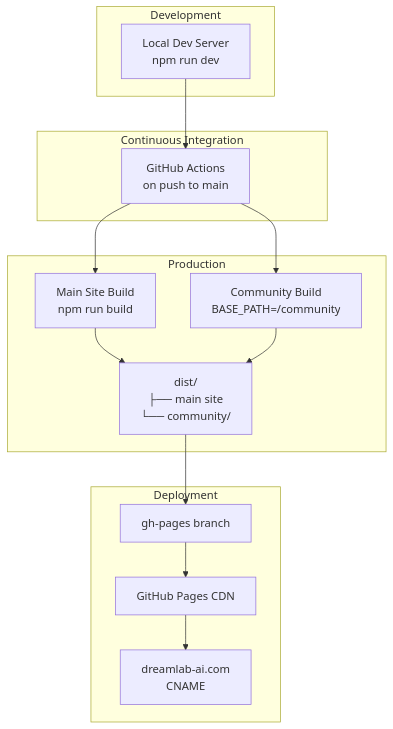
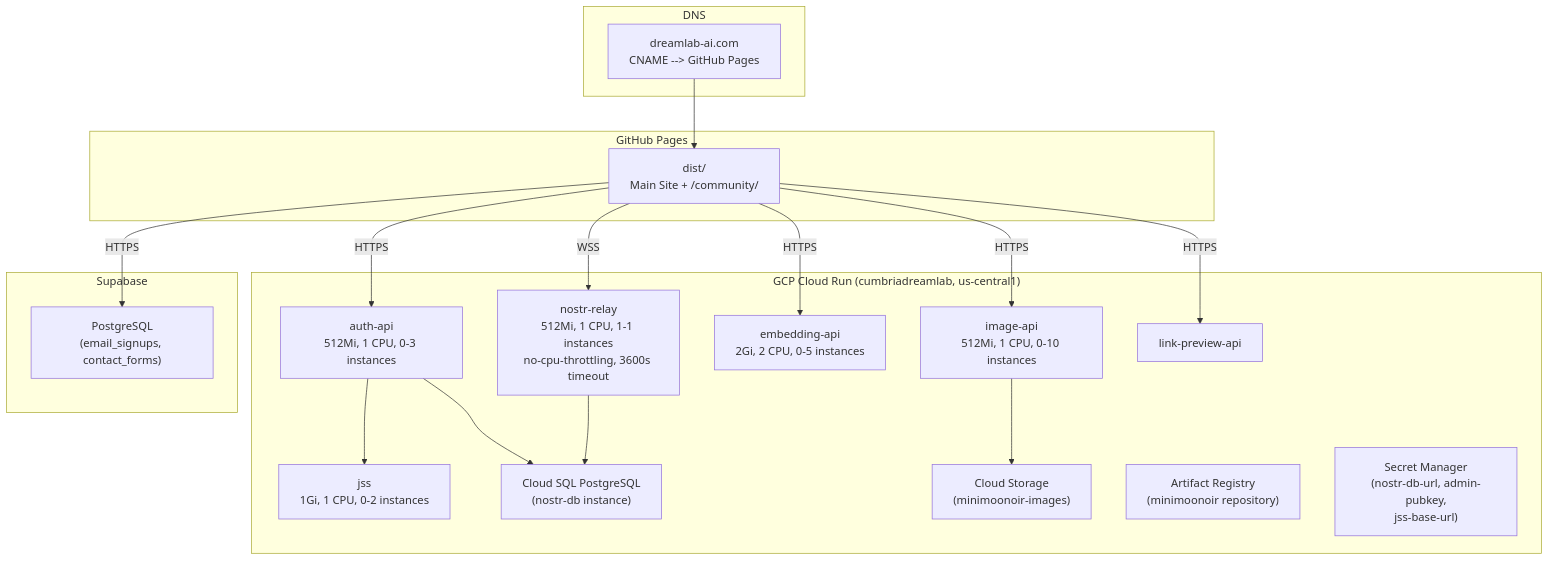
Before and after one commit to DreamLab-AI/dreamlab-ai-website: the third of 3 diagrams in docs/architecture/SYSTEM_OVERVIEW.md, drawn with Mermaid. The commit also changed other lines of this file and 49 other files, not shown here.

````diff
--- a/docs/architecture/SYSTEM_OVERVIEW.md
+++ b/docs/architecture/SYSTEM_OVERVIEW.md
@@ -268,31 +299,40 @@
 ```mermaid
 graph TB
-    subgraph Development
-        Dev["Local Dev Server<br/>npm run dev"]
+    subgraph DNS["DNS"]
+        CNAME["dreamlab-ai.com<br/>CNAME --> GitHub Pages"]
     end
 
-    subgraph CI["Continuous Integration"]
-        Actions["GitHub Actions<br/>on push to main"]
+    subgraph GHPages["GitHub Pages"]
+        StaticDist["dist/<br/>Main Site + /community/"]
     end
 
-    subgraph Production
-        MainBuild["Main Site Build<br/>npm run build"]
-        CommunityBuild["Community Build<br/>BASE_PATH=/community"]
-        Dist["dist/<br/>├── main site<br/>└── community/"]
+    subgraph GCP["GCP Cloud Run (cumbriadreamlab, us-central1)"]
+        AuthSvc["auth-api<br/>512Mi, 1 CPU, 0-3 instances"]
+        JSSSvc["jss<br/>1Gi, 1 CPU, 0-2 instances"]
+        RelaySvc["nostr-relay<br/>512Mi, 1 CPU, 1-1 instances<br/>no-cpu-throttling, 3600s timeout"]
+        EmbedSvc["embedding-api<br/>2Gi, 2 CPU, 0-5 instances"]
+        ImageSvc["image-api<br/>512Mi, 1 CPU, 0-10 instances"]
+        LinkSvc["link-preview-api"]
+
+        CSQL["Cloud SQL PostgreSQL<br/>(nostr-db instance)"]
+        GCS["Cloud Storage<br/>(minimoonoir-images)"]
+        AR["Artifact Registry<br/>(minimoonoir repository)"]
+        SM["Secret Manager<br/>(nostr-db-url, admin-pubkey,<br/>jss-base-url)"]
     end
 
-    subgraph Deployment
-        GHPages["gh-pages branch"]
-        CDN["GitHub Pages CDN"]
-        DNS["dreamlab-ai.com<br/>CNAME"]
+    subgraph Supa["Supabase"]
+        SupaDB["PostgreSQL<br/>(email_signups, contact_forms)"]
     end
 
-    Dev --> Actions
-    Actions --> MainBuild
-    Actions --> CommunityBuild
-    MainBuild --> Dist
-    CommunityBuild --> Dist
-    Dist --> GHPages
-    GHPages --> CDN
-    CDN --> DNS
+    CNAME --> StaticDist
+    StaticDist -->|HTTPS| AuthSvc
+    StaticDist -->|WSS| RelaySvc
+    StaticDist -->|HTTPS| EmbedSvc
+    StaticDist -->|HTTPS| ImageSvc
+    StaticDist -->|HTTPS| LinkSvc
+    StaticDist -->|HTTPS| SupaDB
+    AuthSvc --> CSQL
+    AuthSvc --> JSSSvc
+    RelaySvc --> CSQL
+    ImageSvc --> GCS
 ```
````
